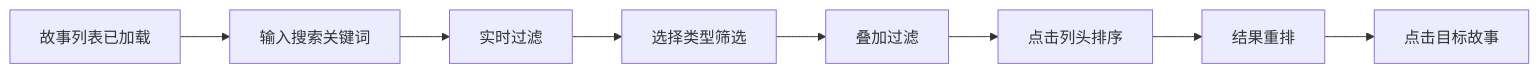
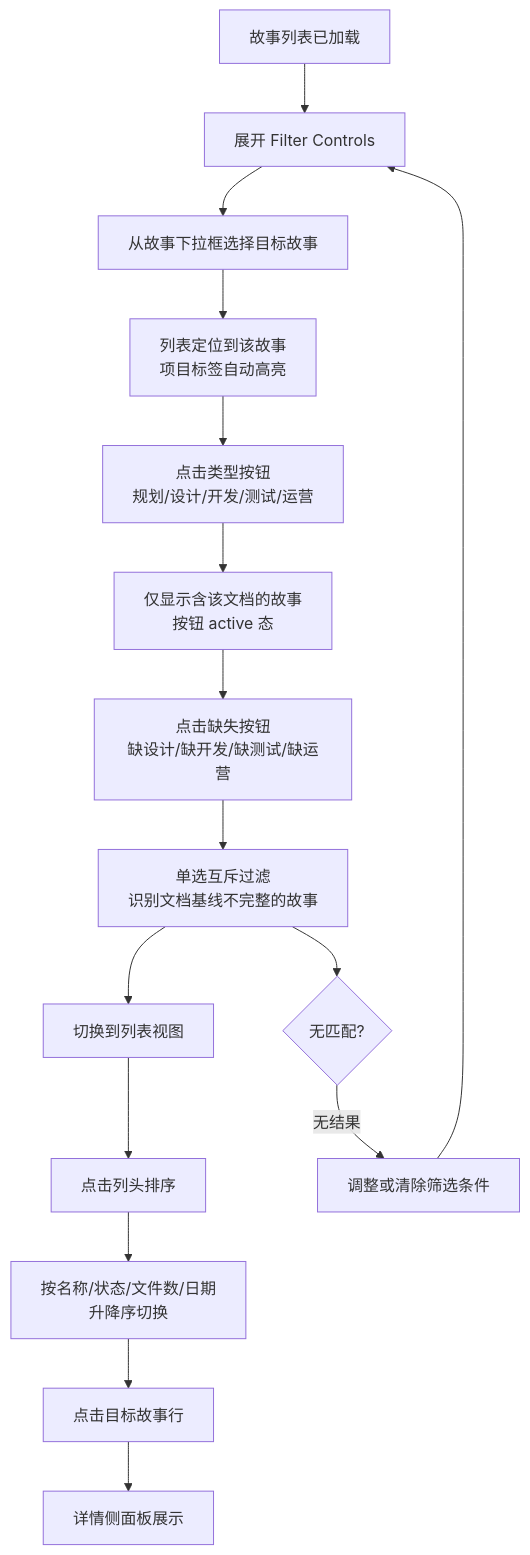
One commit to effiy/YiWeb changed the second of 4 diagrams in docs/故事任务面板/story/使用场景.md. Above: the diagram before and after it, drawn with Mermaid. The commit also changed other lines of this file and 28 other files, not shown here.

````diff
--- a/docs/故事任务面板/story/使用场景.md
+++ b/docs/故事任务面板/story/使用场景.md
@@ -50,10 +72,18 @@
 ```mermaid
-flowchart LR
-    A["故事列表已加载"] --> B["输入搜索关键词"]
-    B --> C["实时过滤"]
-    C --> D["选择类型筛选"]
-    D --> E["叠加过滤"]
-    E --> F["点击列头排序"]
-    F --> G["结果重排"]
-    G --> H["点击目标故事"]
+flowchart TD
+    A["故事列表已加载"] --> B["展开 Filter Controls"]
+    B --> C["从故事下拉框选择目标故事"]
+    C --> D["列表定位到该故事<br/>项目标签自动高亮"]
+    D --> E["点击类型按钮<br/>规划/设计/开发/测试/运营"]
+    E --> F["仅显示含该文档的故事<br/>按钮 active 态"]
+    F --> G["点击缺失按钮<br/>缺设计/缺开发/缺测试/缺运营"]
+    G --> H["单选互斥过滤<br/>识别文档基线不完整的故事"]
+    H --> I["切换到列表视图"]
+    I --> J["点击列头排序"]
+    J --> K["按名称/状态/文件数/日期<br/>升降序切换"]
+    K --> L["点击目标故事行"]
+    L --> M["详情侧面板展示"]
+    H --> N{"无匹配?"}
+    N -->|"无结果"| O["调整或清除筛选条件"]
+    O --> B
 ```
````
